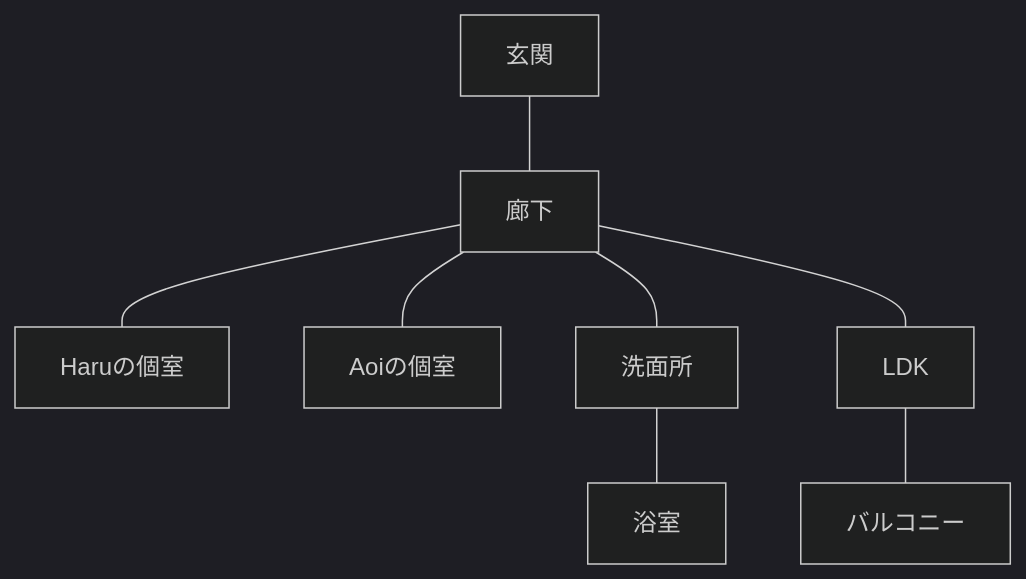
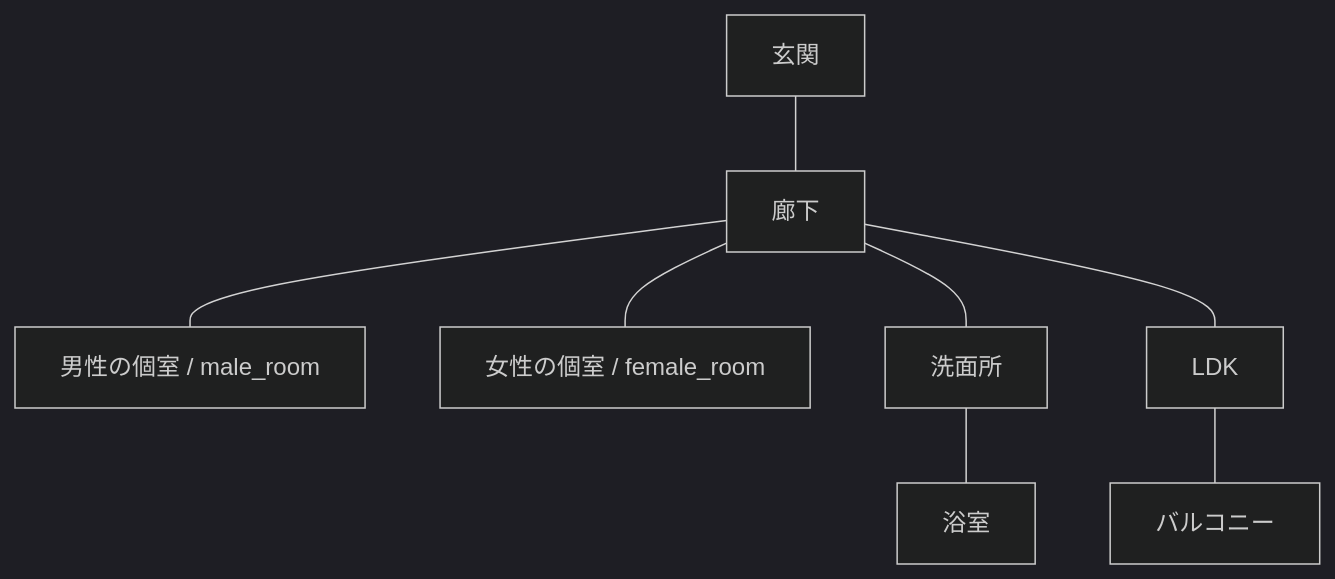
The diagram in docs/room-layout.md (aieo-product/roommates-autonomous-life-sim), drawn with Mermaid (dark theme) before and after one commit. The commit also changed other lines of this file and 75 other files, not shown here.

````diff
--- a/docs/room-layout.md
+++ b/docs/room-layout.md
@@ -55,19 +67,19 @@
 ```mermaid
 flowchart TB
     E["玄関"]
     H["廊下"]
-    HR["Haruの個室"]
-    AR["Aoiの個室"]
+    MR["男性の個室 / male_room"]
+    FR["女性の個室 / female_room"]
     W["洗面所"]
     B["浴室"]
     LDK["LDK"]
     BAL["バルコニー"]
 
     E --- H
-    H --- HR
-    H --- AR
+    H --- MR
+    H --- FR
     H --- W
     W --- B
     H --- LDK
     LDK --- BAL
 ```
````
